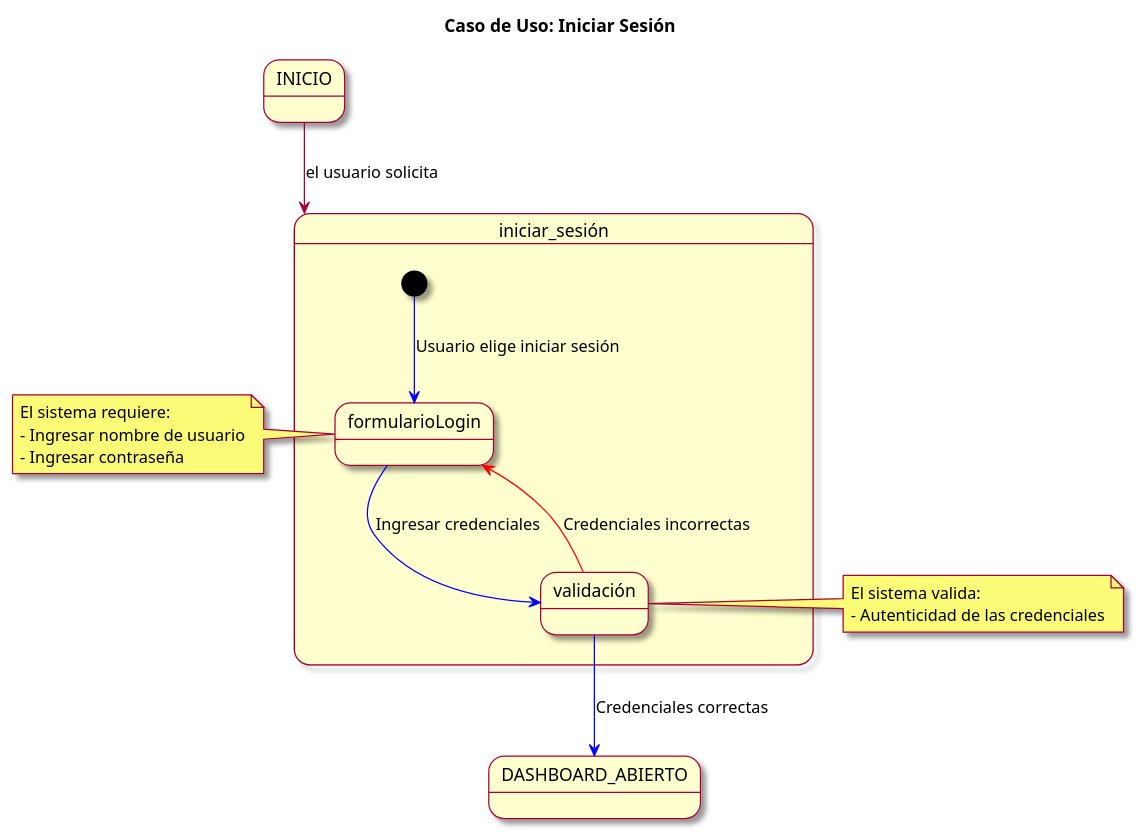
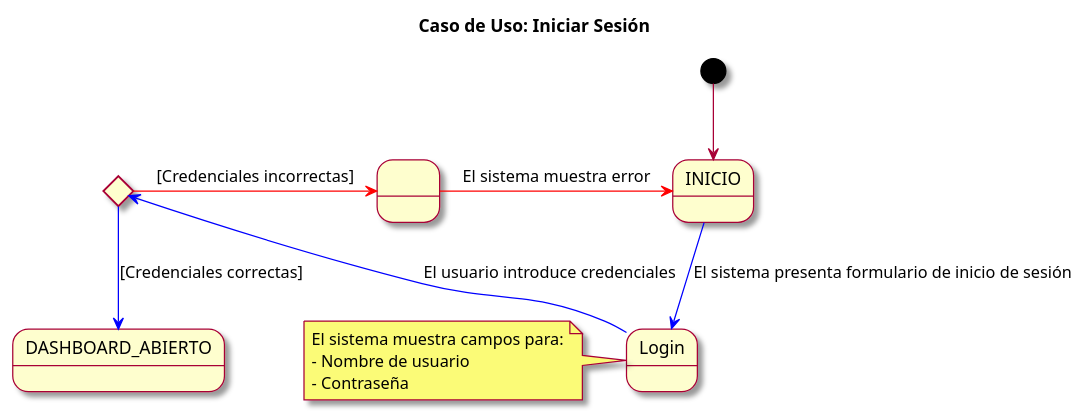
Before and after one commit to mmasias/23-24-IdSw1-SDR: the diagram in modelosUML/casosDeUso/detalles/login.puml, drawn with PlantUML.

```diff
--- a/modelosUML/casosDeUso/detalles/login.puml
+++ b/modelosUML/casosDeUso/detalles/login.puml
@@ -1,29 +1,24 @@
 @startuml
-
 skin rose
 title Caso de Uso: Iniciar Sesión
 
 state INICIO as "INICIO"
 state DASHBOARD_ABIERTO as "DASHBOARD_ABIERTO"
+state Validar <<choice>>
+state MostrarError as " "
 
-INICIO --> iniciar_sesión : el usuario solicita
+[*] --> INICIO
 
-state iniciar_sesión {
-  [*] -[#blue]-> formularioLogin : Usuario elige iniciar sesión
-  formularioLogin -[#blue]-> validación : Ingresar credenciales
-  validación -[#blue]-> DASHBOARD_ABIERTO : Credenciales correctas
-  validación -[#red]-> formularioLogin : Credenciales incorrectas
-}
+INICIO -d[#blue]-> Login : El sistema presenta formulario de inicio de sesión
+Login -d[#blue]-> Validar : El usuario introduce credenciales
+Validar -d[#blue]-> DASHBOARD_ABIERTO : [Credenciales correctas]
+Validar -r[#red]-> MostrarError : [Credenciales incorrectas]
+MostrarError -r[#red]-> INICIO : El sistema muestra error
 
-note left of formularioLogin
-  El sistema requiere:
-  - Ingresar nombre de usuario
-  - Ingresar contraseña
-end note
-
-note left of validación
-  El sistema valida:
-  - Autenticidad de las credenciales
+note left of Login
+  El sistema muestra campos para:
+  - Nombre de usuario
+  - Contraseña
 end note
 
 @enduml
```
